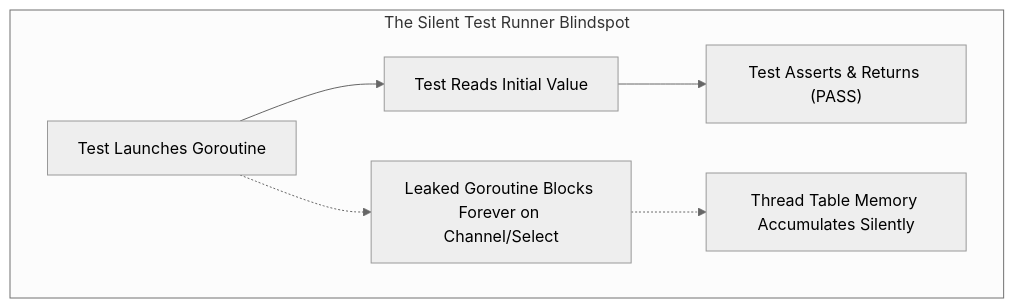
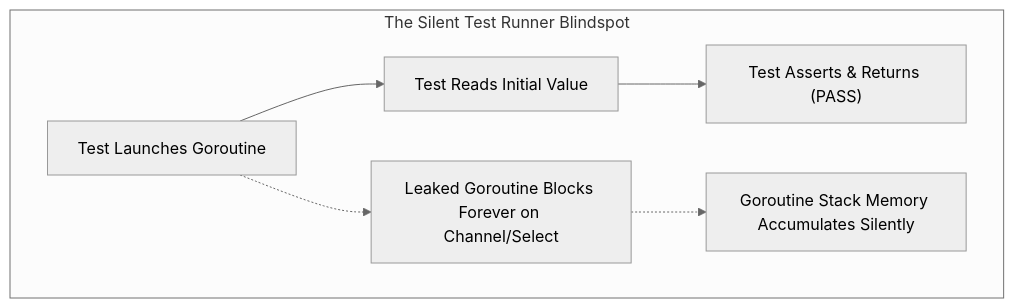
Before and after one commit to dan-petty/vibes: the first of 2 diagrams in patterns/test-harness-concurrency-leak-sentinel.md, drawn with Mermaid (neutral theme). The commit also changed other lines of this file and 248 other files, not shown here.

````diff
--- a/patterns/test-harness-concurrency-leak-sentinel.md
+++ b/patterns/test-harness-concurrency-leak-sentinel.md
@@ -21,9 +21,9 @@
 ```mermaid
 flowchart TD
     subgraph Blindspot["The Silent Test Runner Blindspot"]
         T1["Test Launches Goroutine"] --> T2["Test Reads Initial Value"]
         T2 --> T3["Test Asserts & Returns (PASS)"]
         T1 -.-> L1["Leaked Goroutine Blocks Forever on Channel/Select"]
-        L1 -.-> L2["Thread Table Memory Accumulates Silently"]
+        L1 -.-> L2["Goroutine Stack Memory Accumulates Silently"]
     end
 ```
````
